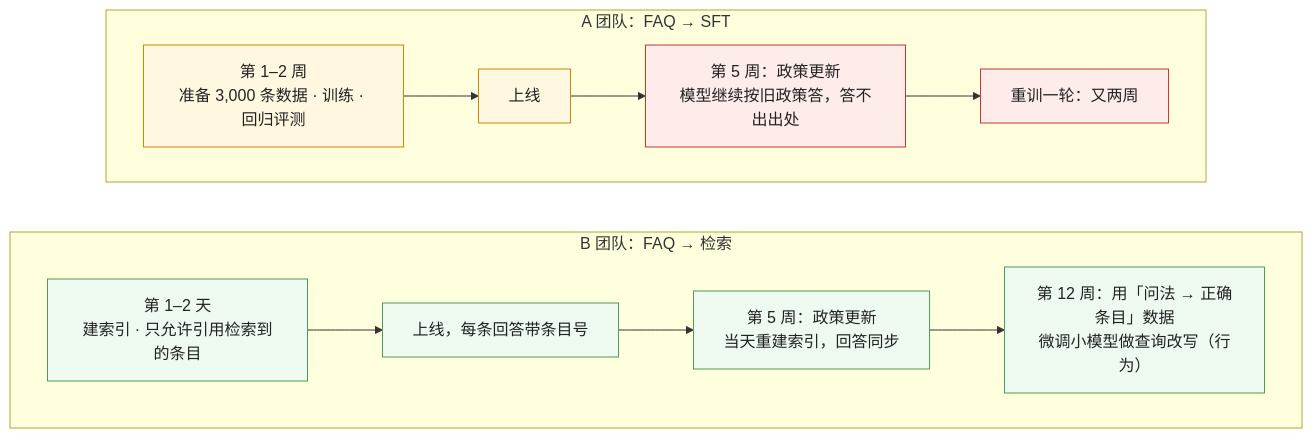
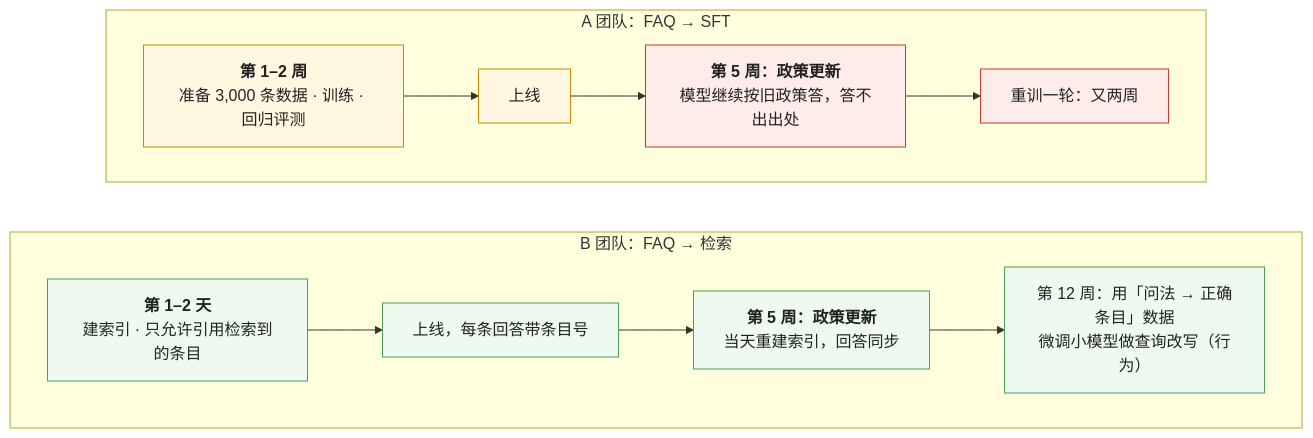
Before and after one commit to arganzheng/arganzheng.github.com: the third of 5 diagrams in _posts/2026-10-13-knowledge-in-context-or-in-weights.md, drawn with Mermaid. The commit also changed other lines of this file and 7 other files, not shown here.

First line of the commit message:
检索与知识接入：私域知识怎么进入模型：Mermaid 多行方框的首行标为标题（8 篇）

````diff
--- a/_posts/2026-10-13-knowledge-in-context-or-in-weights.md
+++ b/_posts/2026-10-13-knowledge-in-context-or-in-weights.md
@@ -93,19 +93,19 @@
 ```mermaid
 %% 图：A、B 两个团队三个月的时间线——A 把 FAQ 训进权重：两周训练与评测，政策更新后模型继续按旧政策答且给不出出处；B 把 FAQ 建成检索库：两天上线，政策更新当天重建索引、每条回答带条目号，三个月后用积累的「问法 → 条目」数据微调查询改写（行为）
 flowchart TB
     subgraph A["A 团队：FAQ → SFT"]
         direction LR
-        A1["第 1–2 周<br/>准备 3,000 条数据 · 训练 · 回归评测"] --> A2["上线"] --> A3["第 5 周：政策更新<br/>模型继续按旧政策答，答不出出处"] --> A4["重训一轮：又两周"]
+        A1["<b>第 1–2 周</b><br/>准备 3,000 条数据 · 训练 · 回归评测"] --> A2["上线"] --> A3["<b>第 5 周：政策更新</b><br/>模型继续按旧政策答，答不出出处"] --> A4["重训一轮：又两周"]
     end
     subgraph B["B 团队：FAQ → 检索"]
         direction LR
-        B1["第 1–2 天<br/>建索引 · 只允许引用检索到的条目"] --> B2["上线，每条回答带条目号"] --> B3["第 5 周：政策更新<br/>当天重建索引，回答同步"] --> B4["第 12 周：用「问法 → 正确条目」数据<br/>微调小模型做查询改写（行为）"]
+        B1["<b>第 1–2 天</b><br/>建索引 · 只允许引用检索到的条目"] --> B2["上线，每条回答带条目号"] --> B3["<b>第 5 周：政策更新</b><br/>当天重建索引，回答同步"] --> B4["第 12 周：用「问法 → 正确条目」数据<br/>微调小模型做查询改写（行为）"]
     end
     A ~~~ B
     classDef bad fill:#fdecea,stroke:#c0392b,color:#222
     classDef ok fill:#eefaf0,stroke:#4d9a5c,color:#222
     classDef n fill:#fff7e0,stroke:#c98a00,color:#222
     class A1,A2 n
     class A3,A4 bad
     class B1,B2,B3,B4 ok
 ```
````
